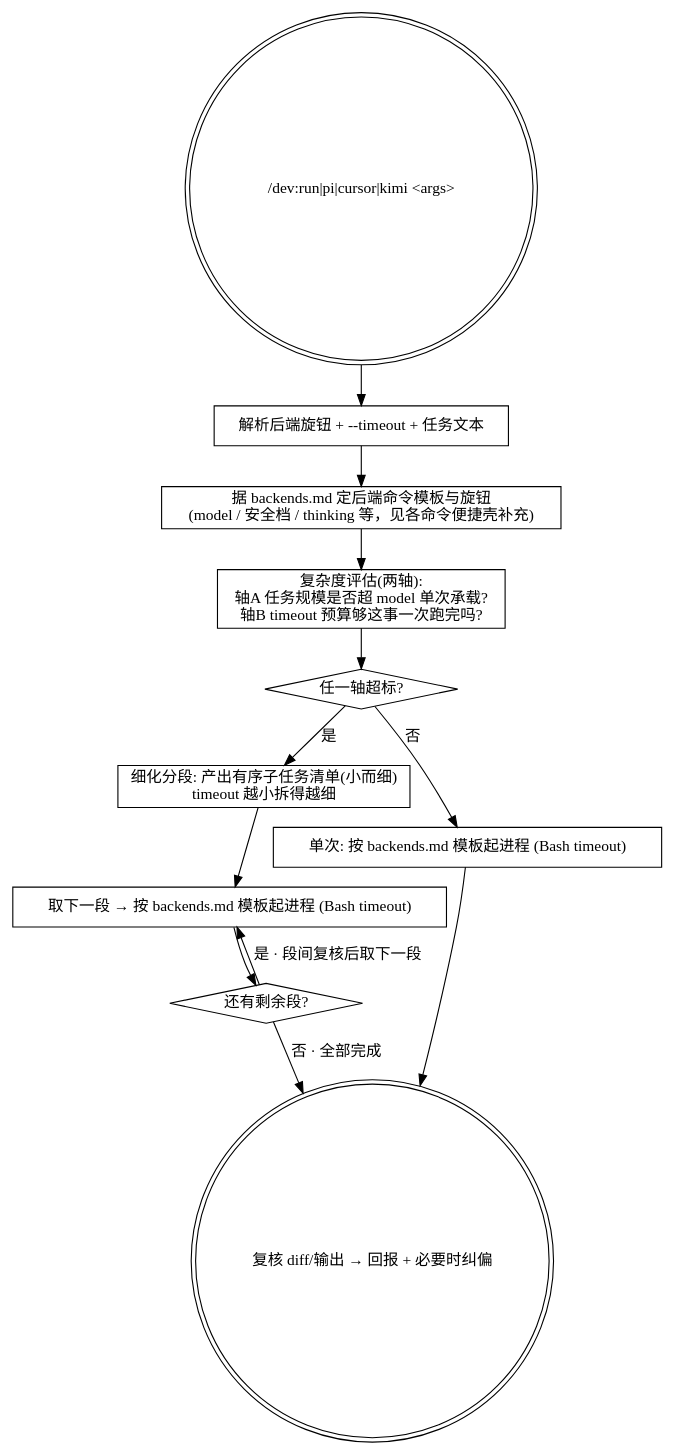
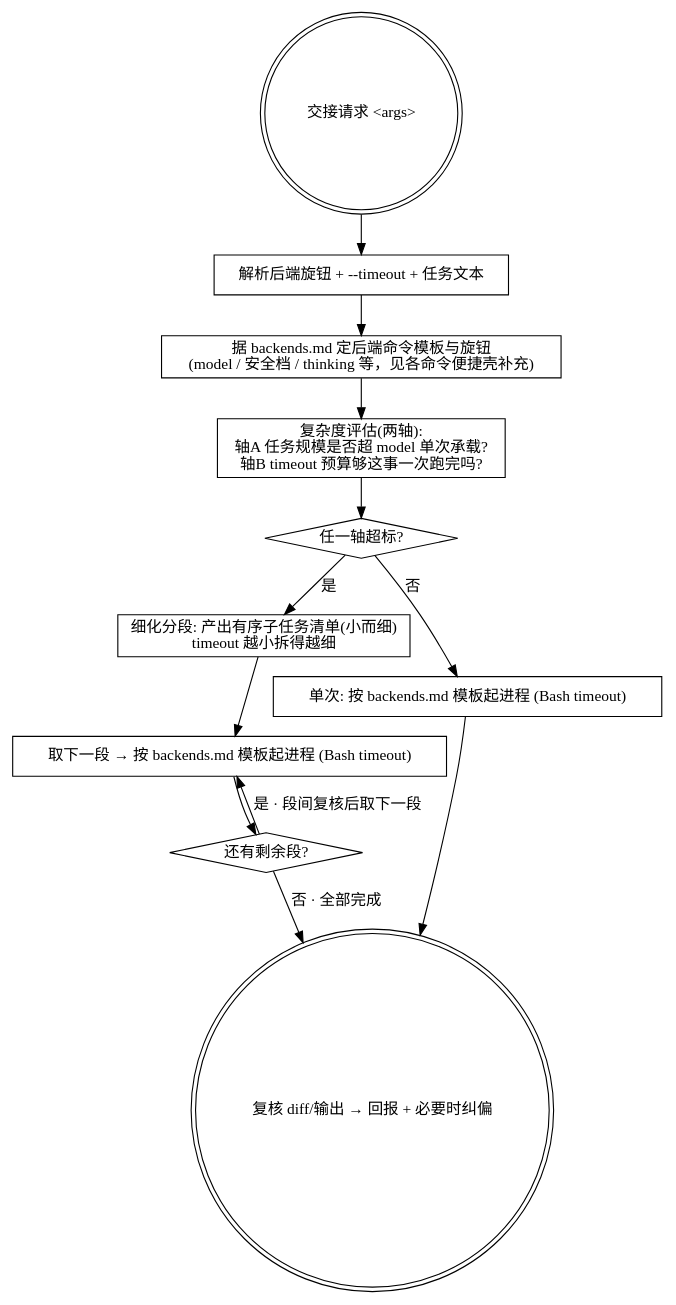
The diagram in extensions/claude-code/dev/references/orchestration.md (xnightsky/x-promptkit), drawn with Graphviz before and after one commit. The commit also changed other lines of this file and 25 other files, not shown here.

First line of the commit message:
feat(dev): scope 下沉 skill 共享核心 + .dev-run.yaml 单文件双层存储 + scripts/skills.mjs 安装器

````diff
--- a/extensions/claude-code/dev/references/orchestration.md
+++ b/extensions/claude-code/dev/references/orchestration.md
@@ -16,23 +16,23 @@
 ```dot
 digraph handoff {
     rankdir=TB;
-    start  [shape=doublecircle, label="/dev:run|pi|cursor|kimi <args>"];
+    start  [shape=doublecircle, label="交接请求 <args>"];
     parse  [shape=box, label="解析后端旋钮 + --timeout + 任务文本"];
     resolve[shape=box, label="据 backends.md 定后端命令模板与旋钮\n(model / 安全档 / thinking 等，见各命令便捷壳补充)"];
     gate   [shape=box, label="复杂度评估(两轴):\n轴A 任务规模是否超 model 单次承载?\n轴B timeout 预算够这事一次跑完吗?"];
     over   [shape=diamond, label="任一轴超标?"];
     split  [shape=box, label="细化分段: 产出有序子任务清单(小而细)\ntimeout 越小拆得越细"];
     seg    [shape=box, label="取下一段 → 按 backends.md 模板起进程 (Bash timeout)"];
     more   [shape=diamond, label="还有剩余段?"];
     single [shape=box, label="单次: 按 backends.md 模板起进程 (Bash timeout)"];
     done   [shape=doublecircle, label="复核 diff/输出 → 回报 + 必要时纠偏"];
 
     start -> parse -> resolve -> gate -> over;
     over  -> split  [label="是"];
     over  -> single [label="否"];
     split -> seg -> more;
     more  -> seg    [label="是 · 段间复核后取下一段"];
     more  -> done   [label="否 · 全部完成"];
     single -> done;
 }
 ```
````
